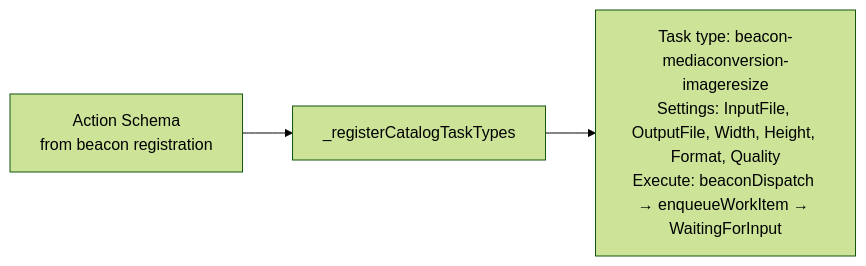
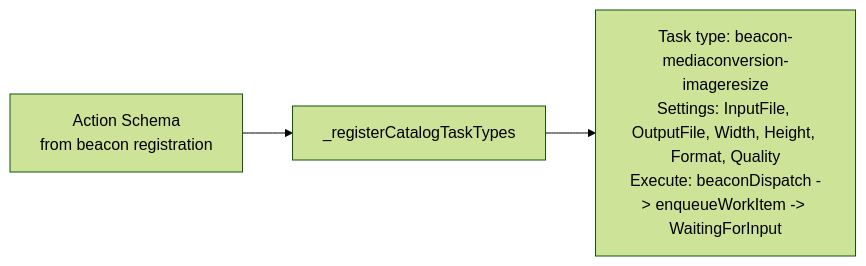
Before and after one commit to stevenvelozo/ultravisor: the first of 2 diagrams in docs/features/platform-cards.md, drawn with Mermaid (forest theme). The commit also changed other lines of this file and 18 other files, not shown here.

````diff
--- a/docs/features/platform-cards.md
+++ b/docs/features/platform-cards.md
@@ -79,5 +79,5 @@
 ```mermaid
 flowchart LR
     A[Action Schema<br/>from beacon registration] --> B[_registerCatalogTaskTypes]
-    B --> C["Task type: beacon-mediaconversion-imageresize<br/>Settings: InputFile, OutputFile, Width, Height, Format, Quality<br/>Execute: beaconDispatch → enqueueWorkItem → WaitingForInput"]
+    B --> C["Task type: beacon-mediaconversion-imageresize<br/>Settings: InputFile, OutputFile, Width, Height, Format, Quality<br/>Execute: beaconDispatch -> enqueueWorkItem -> WaitingForInput"]
 ```
````
